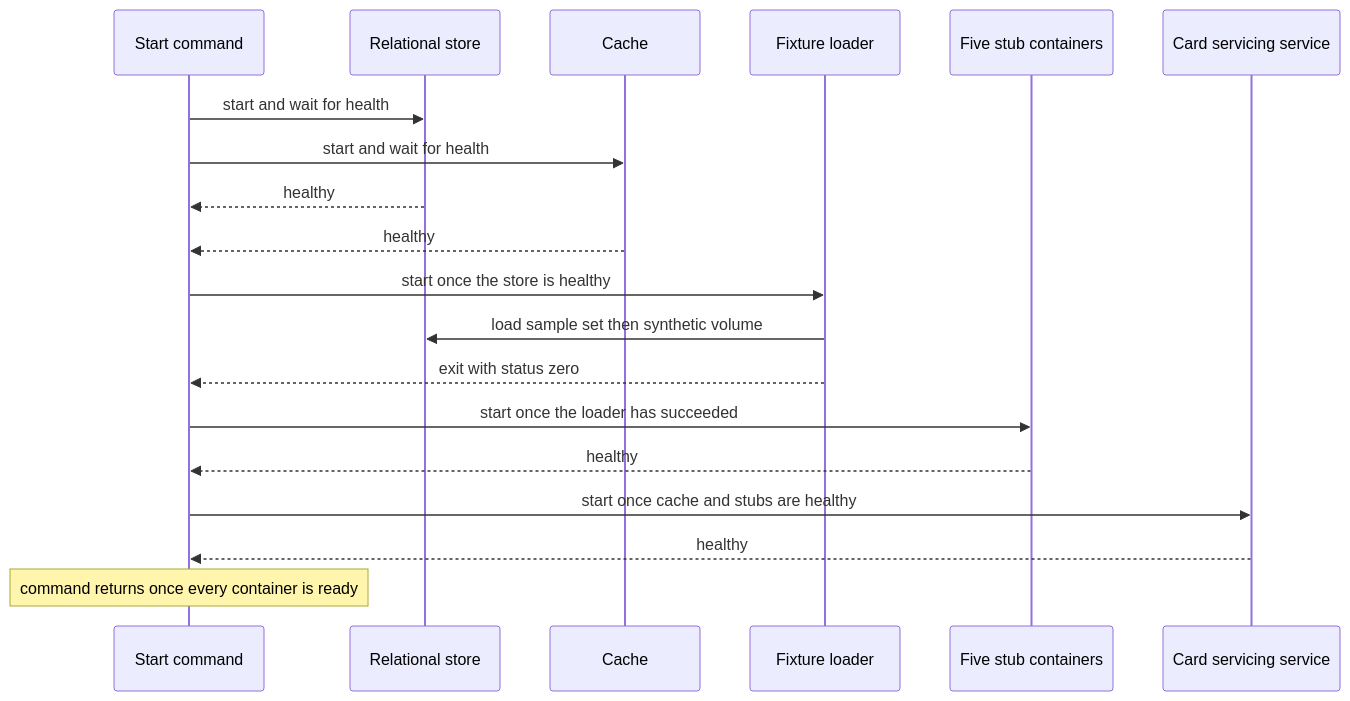
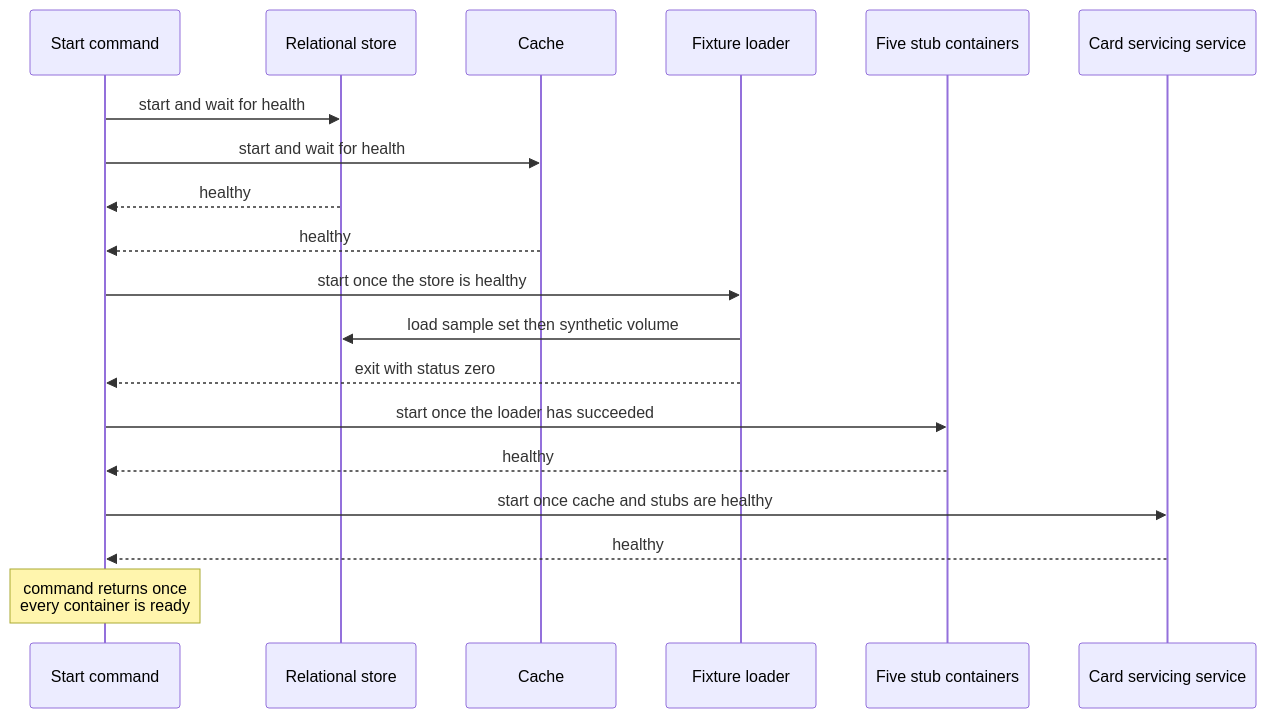
The diagram in docs/backlog/epics/CS-01-account-balance-summary-view/stories/CS-01-001-compose-test-stack-with-stub-services.md (blitzy-public-samples/aws-carddemo-blitzy), drawn with Mermaid before and after one commit. The commit also changed other lines of this file and 13 other files, not shown here.

````diff
--- a/docs/backlog/epics/CS-01-account-balance-summary-view/stories/CS-01-001-compose-test-stack-with-stub-services.md
+++ b/docs/backlog/epics/CS-01-account-balance-summary-view/stories/CS-01-001-compose-test-stack-with-stub-services.md
@@ -127,21 +130,21 @@
 ```mermaid
 sequenceDiagram
     participant Start as Start command
     participant Store as Relational store
     participant Cache as Cache
     participant Loader as Fixture loader
     participant Stubs as Five stub containers
     participant Service as Card servicing service
     Start->>Store: start and wait for health
     Start->>Cache: start and wait for health
     Store-->>Start: healthy
     Cache-->>Start: healthy
     Start->>Loader: start once the store is healthy
     Loader->>Store: load sample set then synthetic volume
     Loader-->>Start: exit with status zero
     Start->>Stubs: start once the loader has succeeded
     Stubs-->>Start: healthy
     Start->>Service: start once cache and stubs are healthy
     Service-->>Start: healthy
-    Note over Start: command returns once every container is ready
+    Note over Start: command returns once<br/>every container is ready
 ```
````
